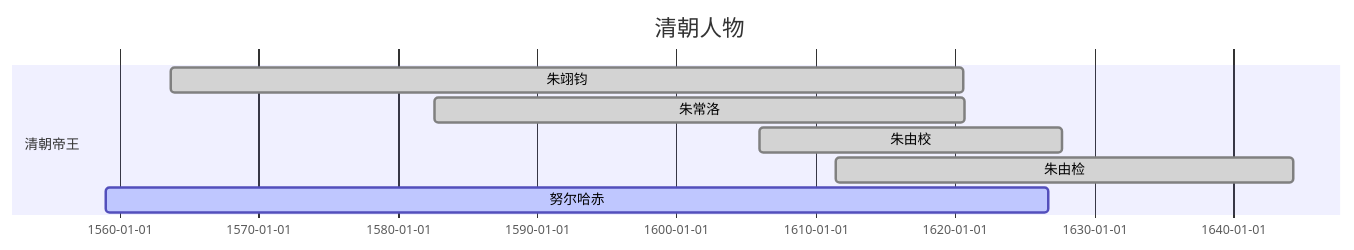
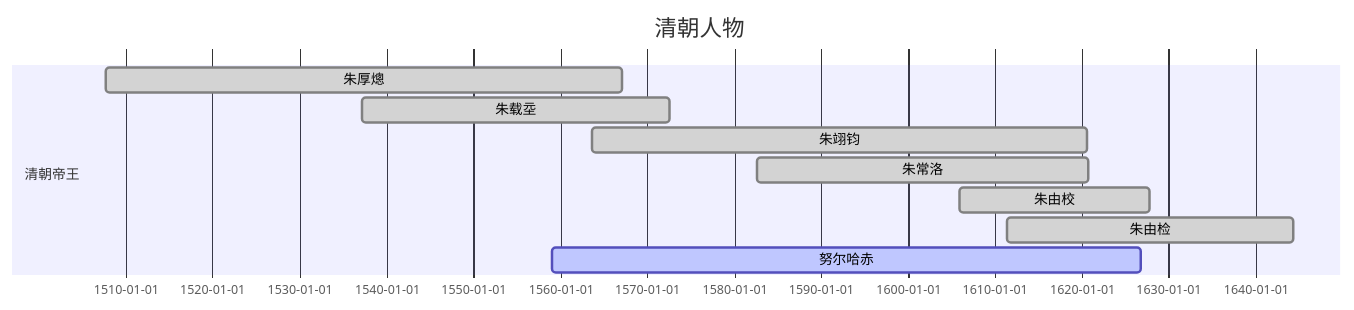
Before and after one commit to pemglee/HistoryNotes: the fourth of 4 diagrams in NoteList.md, drawn with Mermaid. The commit also changed other lines of this file, not shown here.

Commit message:
update for QING

````diff
--- a/NoteList.md
+++ b/NoteList.md
@@ -138,17 +136,19 @@
 ```mermaid
 gantt
 dateFormat YYYY-MM-DD
 title 清朝人物
 
 section 清朝帝王
+朱厚熜: done, 1507-09-16, 1567-01-23
+朱载坖: done, 1537-03-04, 1572-07-05
 朱翊钧: done, 1563-09-04, 1620-08-18
 朱常洛: done, 1582-08-28, 1620-09-26
 朱由校: done, 1605-12-23, 1627-09-30
 朱由检: done, 1611-06-02, 1644-04-25
 努尔哈赤: active, 1559-01-15, 1626-09-30
 
 section 清朝人物
 
 section 外藩
 
 ```
````
